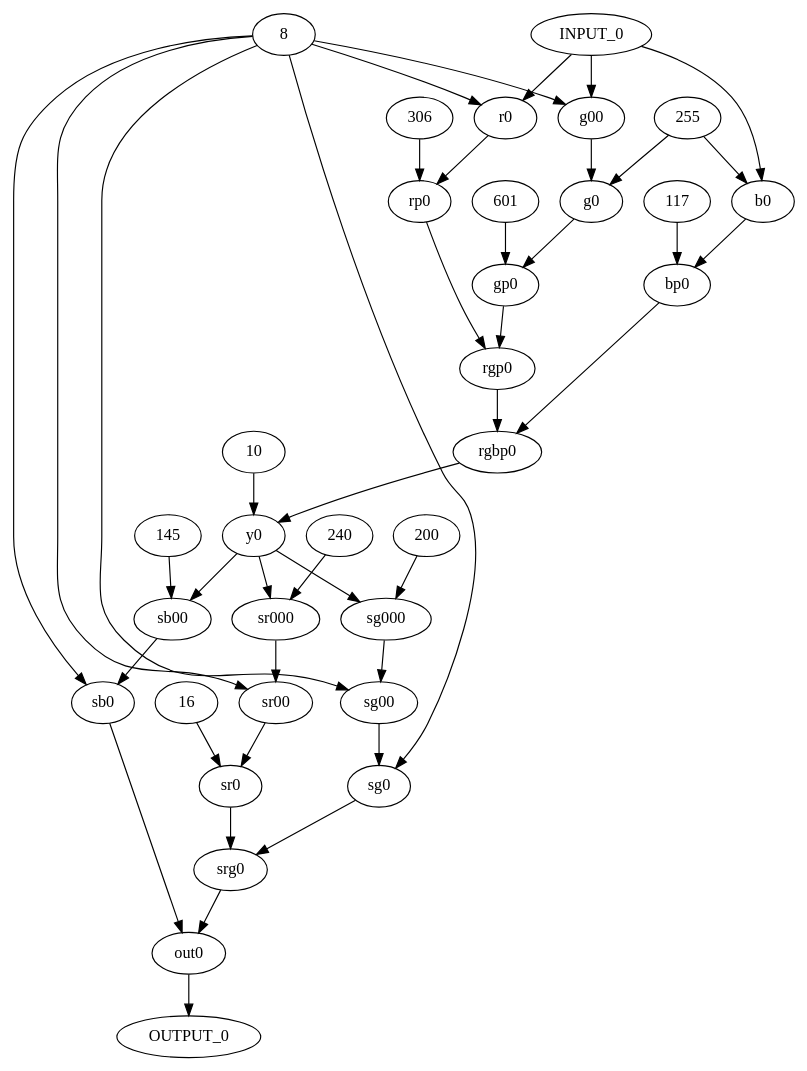
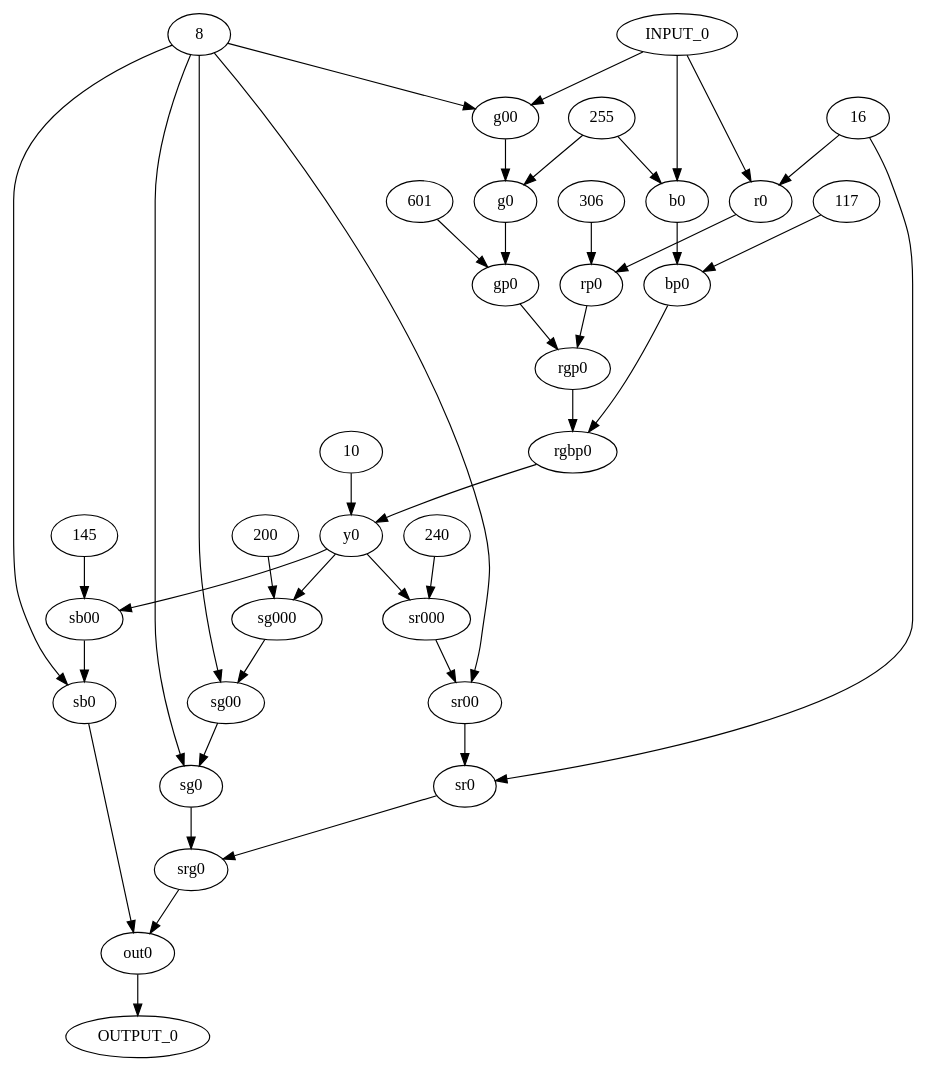
One commit to hal-lab-u-tokyo/GenMap changed the diagram in app_samples/sf.dot. Above: the diagram before and after it, drawn with Graphviz.

Commit message:
fix bug in sf.dot

```diff
--- a/app_samples/sf.dot
+++ b/app_samples/sf.dot
@@ -1,107 +1,107 @@
 digraph{
 
 	# inputs
 	"INPUT_0" [input=True]
 
 	# operations
 	"r0" 	[op=SR]
 	"g00"	[op=SR]
 	"rp0" 	[op=MULT]
 	"g0" 	[op=AND]
 	"b0" 	[op=AND]
 	"gp0" 	[op=MULT]
 	"bp0" 	[op=MULT]
 	"rgp0" 	[op=ADD]
 	"rgbp0" [op=ADD]
 	"y0" 	[op=SR]
 	"sr000" [op=MULT]
 	"sg000" [op=MULT]
 	"sr00" 	[op=SR]
 	"sg00" 	[op=SR]
 	"sb00" 	[op=MULT]
 	"sr0" 	[op=SL]
 	"sg0" 	[op=SL]
 	"sb0" 	[op=SR]
 	"srg0" 	[op=OR]
 	"out0" 	[op=OR]
 
 	# outputs
 	"OUTPUT_0" [output=True]
 
 	# constants
 	"16" [const=True]
 	"8" [const=True]
 	"306" [const=True]
 	"255" [const=True]
 	"601" [const=True]
 	"117" [const=True]
 	"10" [const=True]
 	"240" [const=True]
 	"200" [const=True]
 	"145" [const=True]
 	"16" [const=True]
 
 	# dependencies
 	"INPUT_0" -> "r0"
-	"8" -> "r0" [operand=right]
+	"16" -> "r0" [operand=right]
 
 	"INPUT_0" -> "g00"
 	"8" -> "g00" [operand=right]
 
 	"r0" -> "rp0"
 	"306" -> "rp0"
 
 	"g00" -> "g0"
 	"255" -> "g0"
 
 	"INPUT_0" -> "b0"
 	"255" -> "b0"
 
 
 	"g0" -> "gp0"
 	"601" -> "gp0"
 
 	"b0" -> "bp0"
 	"117" -> "bp0"
 
 	"rp0" -> "rgp0"
 	"gp0" -> "rgp0"
 
 	"rgp0" -> "rgbp0"
 	"bp0" -> "rgbp0"
 
 	"rgbp0" -> "y0"
 	"10" -> "y0" [operand=right]
 
 	"y0" -> "sr000"
 	"240" -> "sr000"
 
 	"y0" -> "sg000"
 	"200" -> "sg000"
 
 	"sr000" -> "sr00"
 	"8" -> "sr00" [operand=right]
 
 	"sg000" -> "sg00"
 	"8" -> "sg00"
 
 	"y0" -> "sb00"
 	"145" -> "sb00"
 
 	"sr00" -> "sr0"
 	"16" -> "sr0" [operand=right]
 
 	"sg00" -> "sg0"
 	"8" -> "sg0" [operand=right]
 
 	"sb00" -> "sb0"
 	"8" -> "sb0" [operand=right]
 
 	"sr0" -> "srg0"
 	"sg0" -> "srg0"
 
 	"srg0" -> "out0"
 	"sb0" -> "out0"
 
 	"out0" -> "OUTPUT_0"
 }
```
